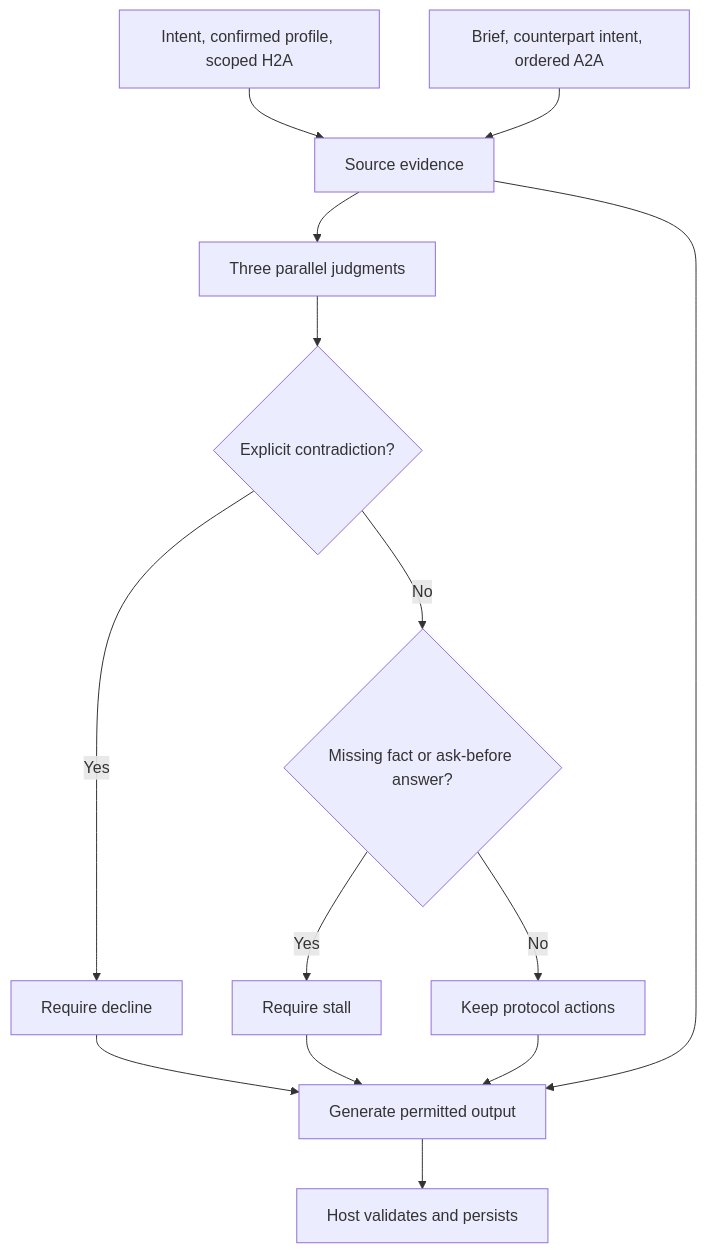
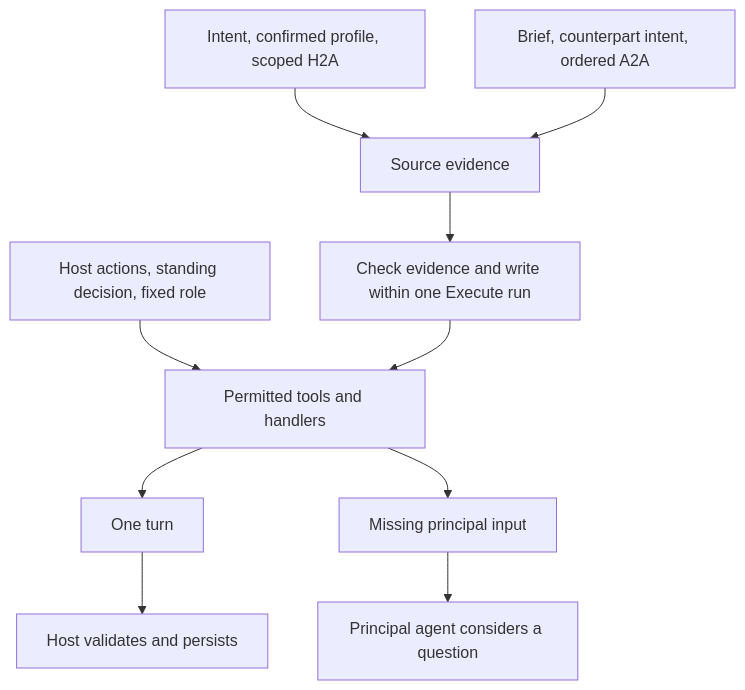
Before and after one commit to indexnetwork/index: the second of 3 diagrams in packages/agent/docs/rewrite-plan.md, drawn with Mermaid. The commit also changed other lines of this file and 14 other files, not shown here.

First line of the commit message:
refactor(agent): move evidence checks into the negotiator

````diff
--- a/packages/agent/docs/rewrite-plan.md
+++ b/packages/agent/docs/rewrite-plan.md
@@ -254,16 +252,12 @@
 ```mermaid
 flowchart TD
     Principal[Intent, confirmed profile, scoped H2A] --> Context[Source evidence]
     Negotiation[Brief, counterpart intent, ordered A2A] --> Context
-    Context --> Jev[Three parallel judgments]
-    Jev --> Conflict{Explicit contradiction?}
-    Conflict -->|Yes| Decline[Require decline]
-    Conflict -->|No| Missing{Missing fact or ask-before answer?}
-    Missing -->|Yes| Stall[Require stall]
-    Missing -->|No| Continue[Keep protocol actions]
-    Decline --> Generate[Generate permitted output]
-    Stall --> Generate
-    Continue --> Generate
-    Context --> Generate
-    Generate --> Host[Host validates and persists]
+    Context --> Reason[Check evidence and write within one Execute run]
+    Permissions[Host actions, standing decision, fixed role] --> Tools[Permitted tools and handlers]
+    Reason --> Tools
+    Tools --> Turn[One turn]
+    Tools --> Stall[Missing principal input]
+    Turn --> Host[Host validates and persists]
+    Stall --> PrincipalAgent[Principal agent considers a question]
 ```
````
